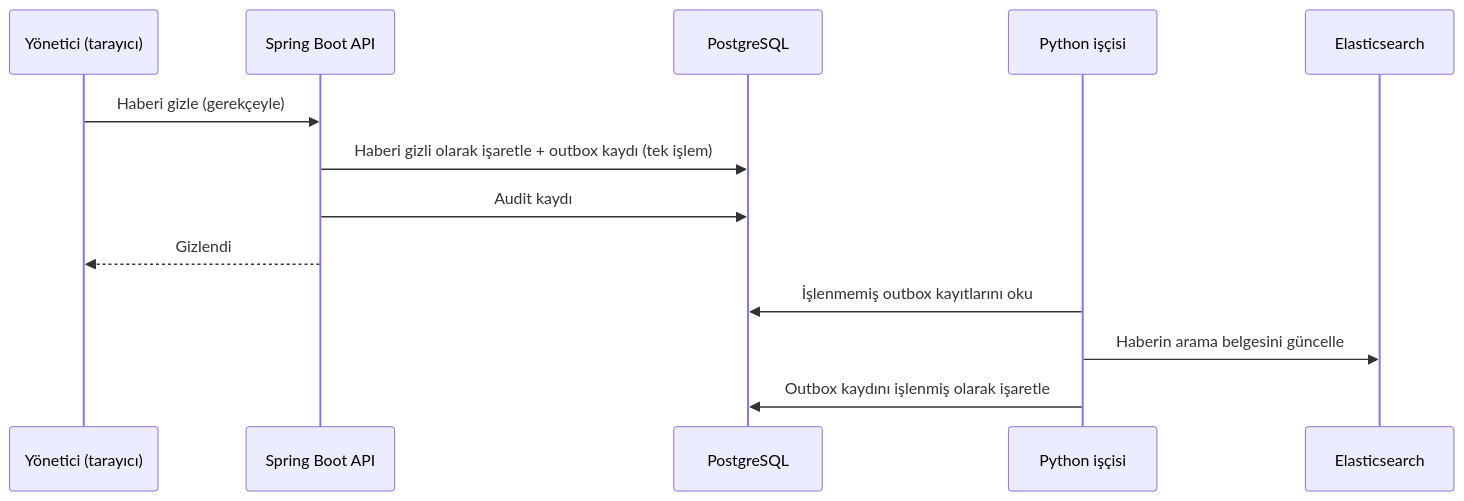
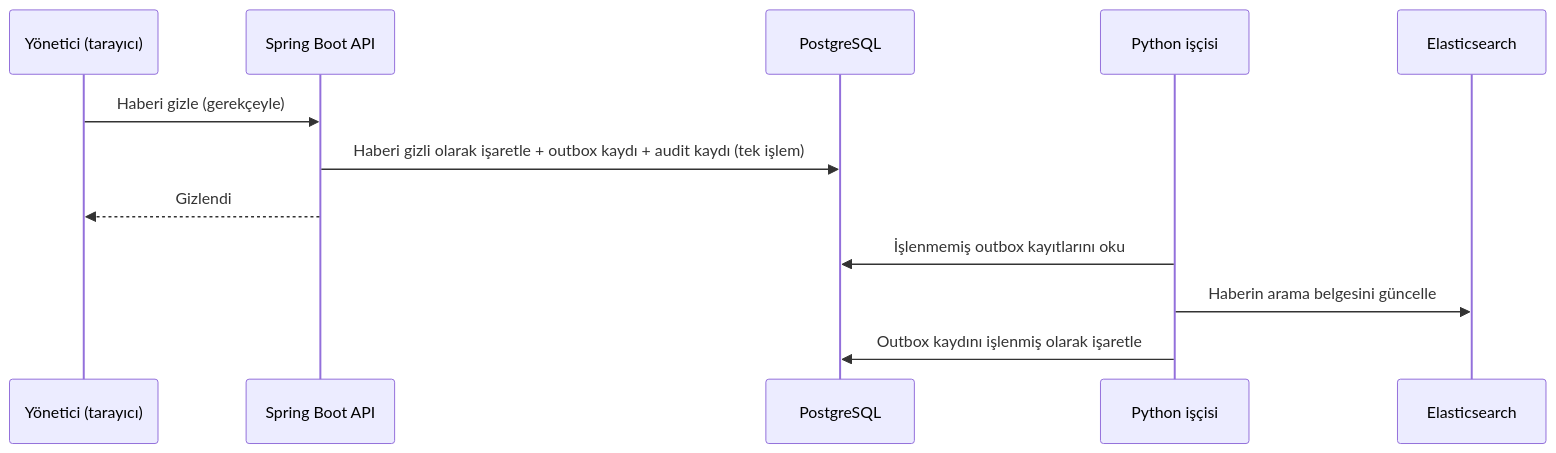
The eighth of 8 diagrams in docs/04-mimari.md (FallErdem/haber-arama-platformu), drawn with Mermaid before and after one commit. The commit also changed other lines of this file and 17 other files, not shown here.

````diff
--- a/docs/04-mimari.md
+++ b/docs/04-mimari.md
@@ -246,16 +246,15 @@
 ```mermaid
 sequenceDiagram
     participant Y as Yönetici (tarayıcı)
     participant A as Spring Boot API
     participant PG as PostgreSQL
     participant T as Python işçisi
     participant ES as Elasticsearch
 
     Y->>A: Haberi gizle (gerekçeyle)
-    A->>PG: Haberi gizli olarak işaretle + outbox kaydı (tek işlem)
-    A->>PG: Audit kaydı
+    A->>PG: Haberi gizli olarak işaretle + outbox kaydı + audit kaydı (tek işlem)
     A-->>Y: Gizlendi
     T->>PG: İşlenmemiş outbox kayıtlarını oku
     T->>ES: Haberin arama belgesini güncelle
     T->>PG: Outbox kaydını işlenmiş olarak işaretle
 ```
````
